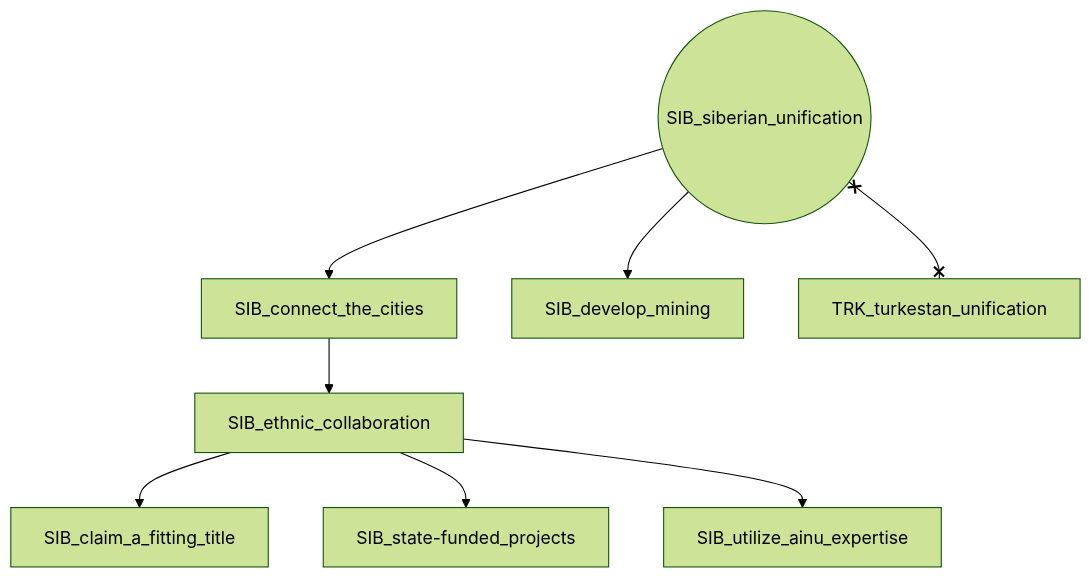
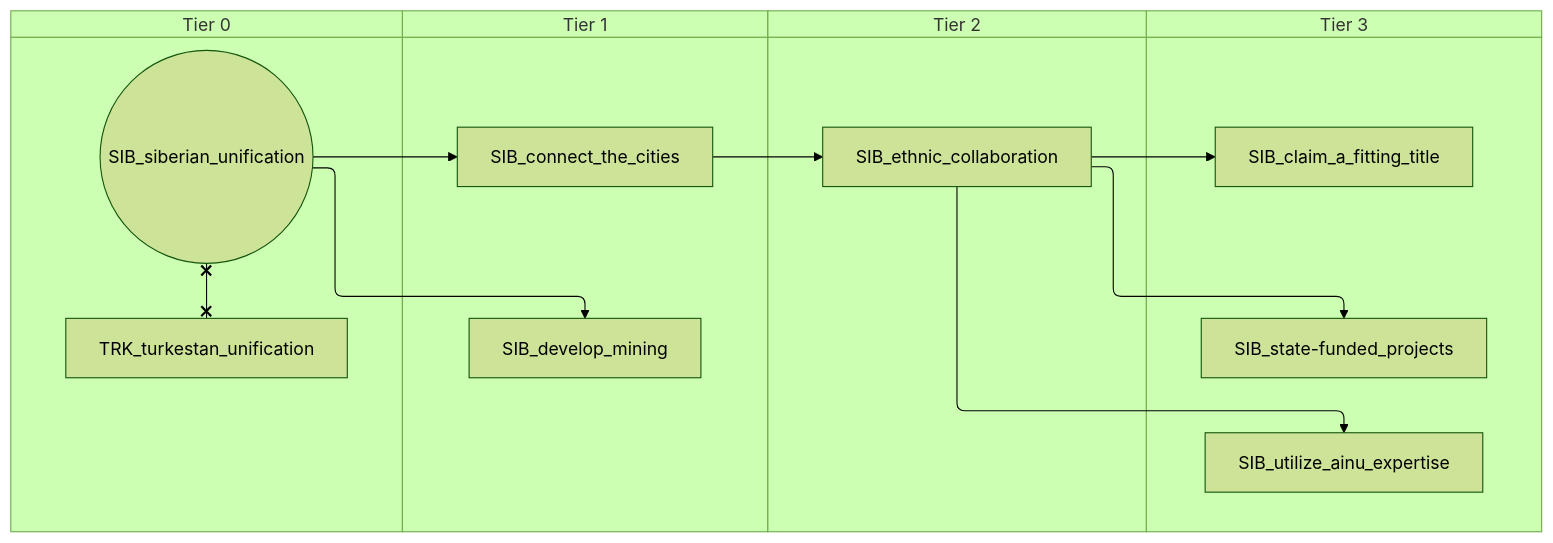
Before and after one commit to evgeny-sobol/hoi4-sandbox-mode-r56: the diagram in docs/gdd/National Focuses/r56_siberian_union_shared.md, drawn with Mermaid (forest theme). The commit also changed 423 other files, not shown here.

First line of the commit message:
Re-export Rt56 focus trees as swimlane diagrams

````diff
--- a/docs/gdd/National Focuses/r56_siberian_union_shared.md
+++ b/docs/gdd/National Focuses/r56_siberian_union_shared.md
@@ -3,18 +3,26 @@
 ```mermaid
-flowchart TD
-    n1["SIB_claim_a_fitting_title"]
-    n2["SIB_connect_the_cities"]
-    n3["SIB_develop_mining"]
-    n4["SIB_ethnic_collaboration"]
-    n5(("SIB_siberian_unification"))
-    n6["SIB_state-funded_projects"]
-    n7["SIB_utilize_ainu_expertise"]
-    n8["TRK_turkestan_unification"]
-    n4 --> n1
-    n5 --> n2
-    n5 --> n3
-    n2 --> n4
-    n4 --> n6
-    n4 --> n7
-    n5 x--x n8
+swimlane-beta TD
+    subgraph tier_0["Tier 0"]
+        n1(("SIB_siberian_unification"))
+        n2["TRK_turkestan_unification"]
+    end
+    subgraph tier_1["Tier 1"]
+        n3["SIB_connect_the_cities"]
+        n4["SIB_develop_mining"]
+    end
+    subgraph tier_2["Tier 2"]
+        n5["SIB_ethnic_collaboration"]
+    end
+    subgraph tier_3["Tier 3"]
+        n6["SIB_claim_a_fitting_title"]
+        n7["SIB_state-funded_projects"]
+        n8["SIB_utilize_ainu_expertise"]
+    end
+    n5 --> n6
+    n1 --> n3
+    n1 --> n4
+    n3 --> n5
+    n5 --> n7
+    n5 --> n8
+    n1 x--x n2
 ```
````
